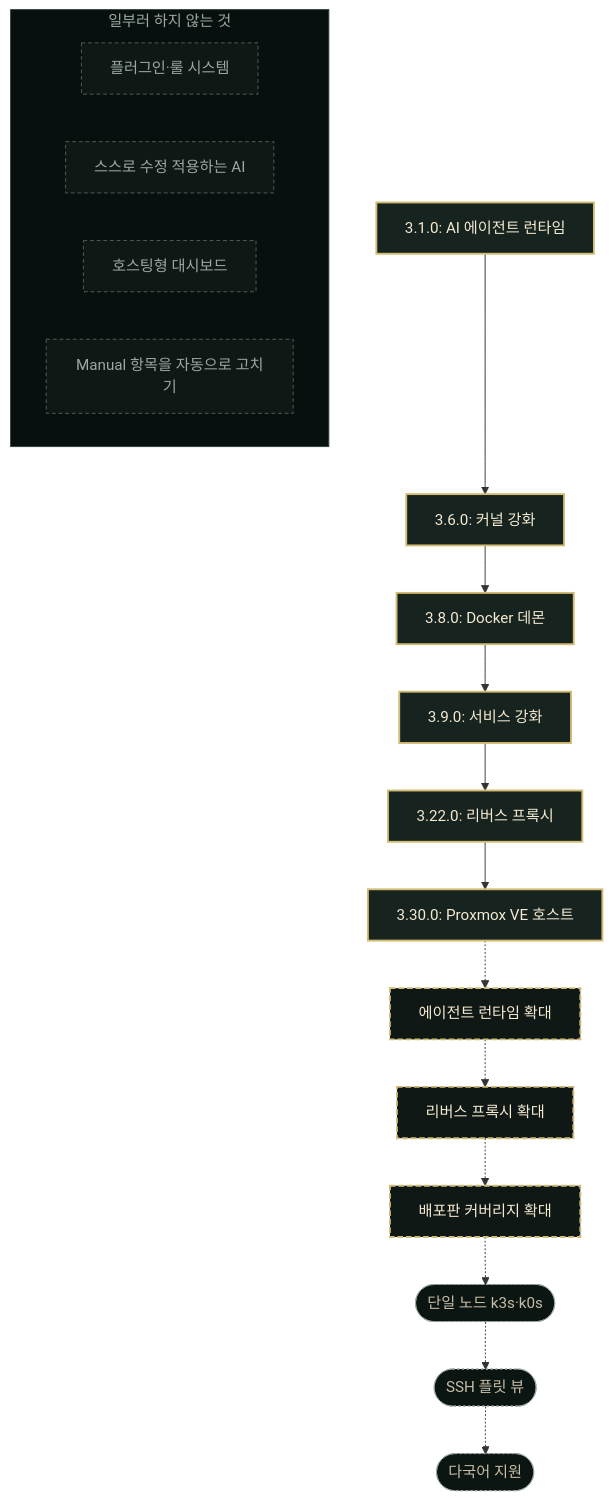
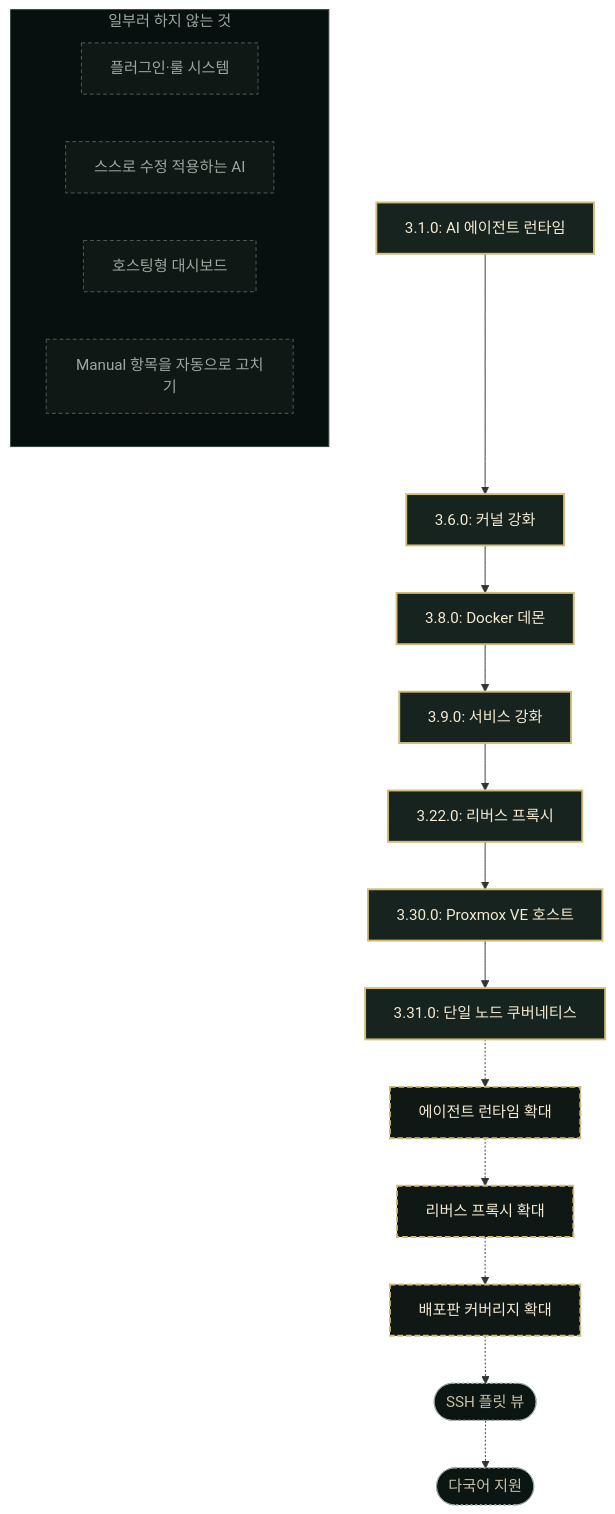
The diagram in README.ko.md (seolcu/hostveil), drawn with Mermaid before and after one commit. The commit also changed 9 other files, not shown here.

````diff
--- a/README.ko.md
+++ b/README.ko.md
@@ -374,33 +374,33 @@
 ```mermaid
 graph TD
     v1["3.1.0: AI 에이전트 런타임"] --> v2["3.6.0: 커널 강화"]
     v2 --> v3["3.8.0: Docker 데몬"]
     v3 --> v4["3.9.0: 서비스 강화"]
     v4 --> v5["3.22.0: 리버스 프록시"]
     v5 --> v6["3.30.0: Proxmox VE 호스트"]
-    v6 -.-> n1["에이전트 런타임 확대"]
+    v6 --> v7["3.31.0: 단일 노드 쿠버네티스"]
+    v7 -.-> n1["에이전트 런타임 확대"]
     n1 -.-> n2["리버스 프록시 확대"]
     n2 -.-> n3["배포판 커버리지 확대"]
-    n3 -.-> e2(["단일 노드 k3s·k0s"])
-    e2 -.-> e3(["SSH 플릿 뷰"])
+    n3 -.-> e3(["SSH 플릿 뷰"])
     e3 -.-> e4(["다국어 지원"])
 
     subgraph np["일부러 하지 않는 것"]
         x1["플러그인·룰 시스템"]
         x2["스스로 수정 적용하는 AI"]
         x3["호스팅형 대시보드"]
         x4["Manual 항목을 자동으로 고치기"]
     end
 
     classDef shipped fill:#16231f,stroke:#d2bc74,stroke-width:2px,color:#f5ead2
     classDef next fill:#101816,stroke:#d2bc74,stroke-width:2px,stroke-dasharray:6 3,color:#f5ead2
     classDef exploring fill:#0b1512,stroke:#9aa89f,stroke-width:1px,stroke-dasharray:2 3,color:#c8bea7
     classDef notplanned fill:#101816,stroke:#516057,stroke-width:1px,stroke-dasharray:4 3,color:#9aa89f
     classDef npTitle fill:#07100f,stroke:#31413b,color:#9aa89f
 
-    class v1,v2,v3,v4,v5,v6 shipped
+    class v1,v2,v3,v4,v5,v6,v7 shipped
     class n1,n2,n3 next
-    class e2,e3,e4 exploring
+    class e3,e4 exploring
     class x1,x2,x3,x4 notplanned
     class np npTitle
 ```
````
